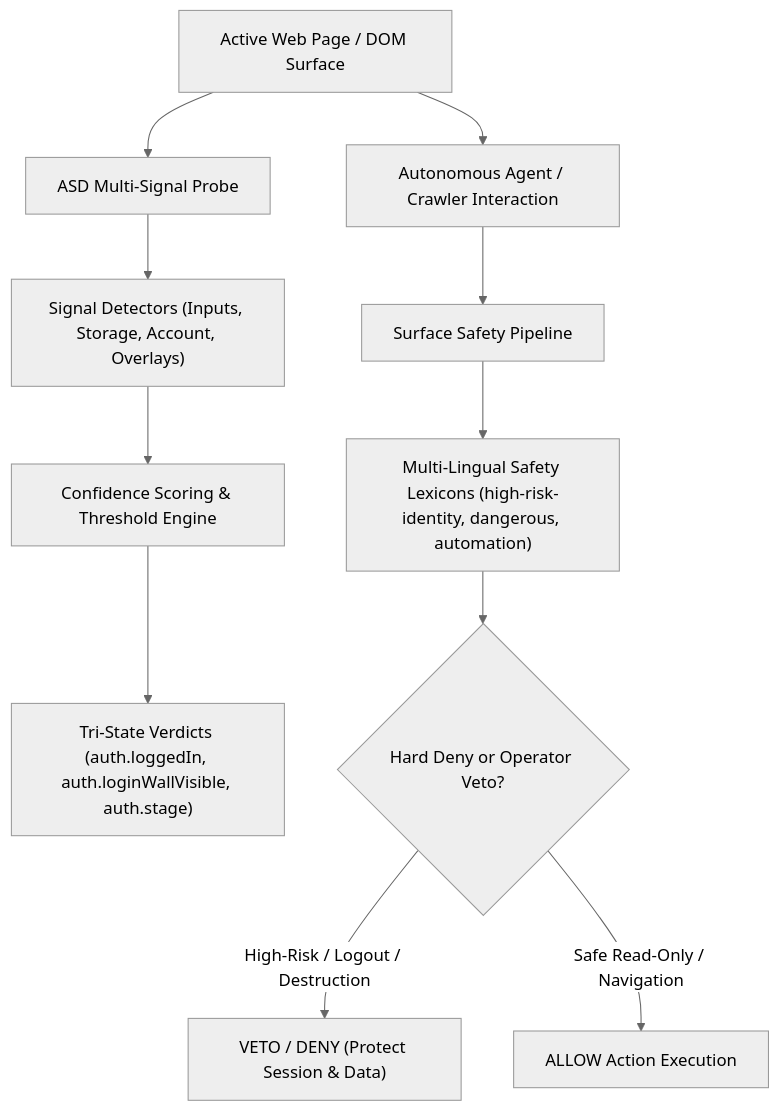
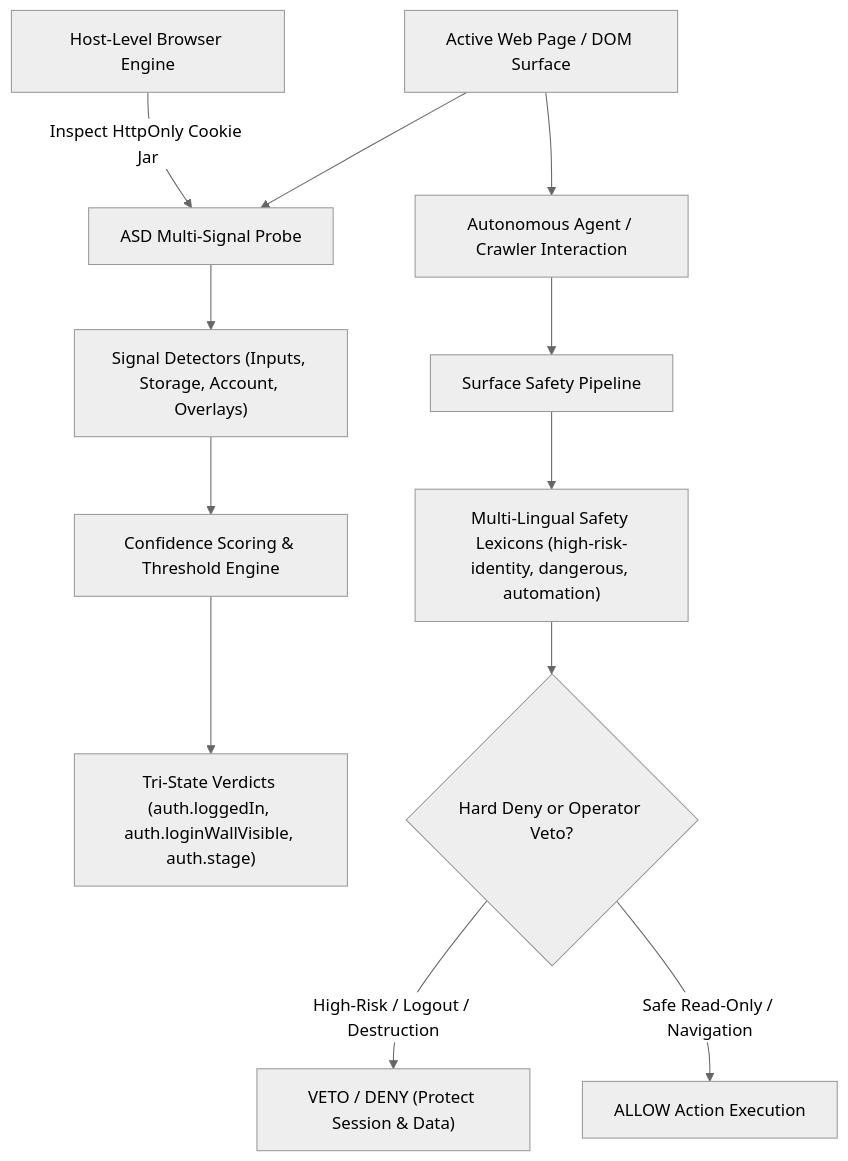
The first of 8 diagrams in docs/core-features/auth-surface-detection-asd/README.md (joelaniol/nova), drawn with Mermaid (neutral theme) before and after one commit. The commit also changed other lines of this file, not shown here.

Commit message:
docs(asd): expand architectural depth with host cookies, crawl policy, and native dialogs

````diff
--- a/docs/core-features/auth-surface-detection-asd/README.md
+++ b/docs/core-features/auth-surface-detection-asd/README.md
@@ -20,14 +23,15 @@
 ```mermaid
 flowchart TD
     Page["Active Web Page / DOM Surface"] --> Probe["ASD Multi-Signal Probe"]
+    Host["Host-Level Browser Engine"] -->|Inspect HttpOnly Cookie Jar| Probe
     Probe --> Detectors["Signal Detectors (Inputs, Storage, Account, Overlays)"]
     Detectors --> Confidence["Confidence Scoring & Threshold Engine"]
     Confidence --> TriState["Tri-State Verdicts (auth.loggedIn, auth.loginWallVisible, auth.stage)"]
 
     Page --> Explorer["Autonomous Agent / Crawler Interaction"]
     Explorer --> SafetyPipe["Surface Safety Pipeline"]
     SafetyPipe --> Lexicons["Multi-Lingual Safety Lexicons (high-risk-identity, dangerous, automation)"]
     Lexicons --> HardDeny{"Hard Deny or Operator Veto?"}
     HardDeny -->|High-Risk / Logout / Destruction| Deny["VETO / DENY (Protect Session & Data)"]
     HardDeny -->|Safe Read-Only / Navigation| Allow["ALLOW Action Execution"]
 ```
````
